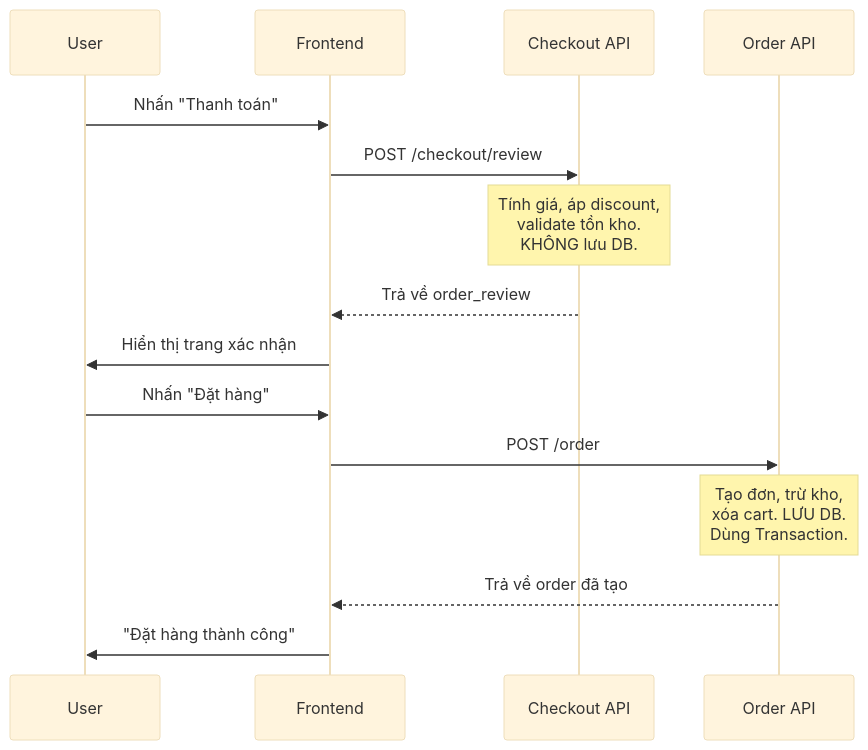
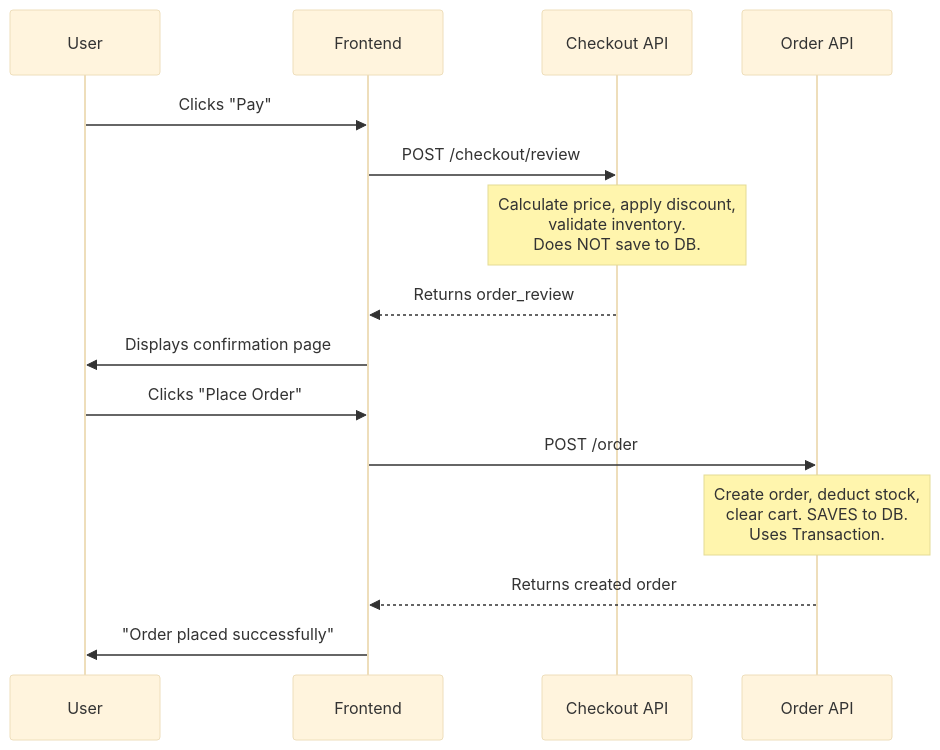
Before and after one commit to dangsangn/E-Commerce-NodeJS: the first of 3 diagrams in src/features/order/ORDER_CHECKOUT_GUIDE.md, drawn with Mermaid (base theme). The commit also changed other lines of this file and 19 other files, not shown here.

````diff
--- a/src/features/order/ORDER_CHECKOUT_GUIDE.md
+++ b/src/features/order/ORDER_CHECKOUT_GUIDE.md
@@ -28,19 +28,19 @@
 ```mermaid
 sequenceDiagram
     participant User
     participant FE as Frontend
     participant Checkout as Checkout API
     participant Order as Order API
 
-    User->>FE: Nhấn "Thanh toán"
+    User->>FE: Clicks "Pay"
     FE->>Checkout: POST /checkout/review
-    Note over Checkout: Tính giá, áp discount,<br/>validate tồn kho.<br/>KHÔNG lưu DB.
-    Checkout-->>FE: Trả về order_review
-    FE->>User: Hiển thị trang xác nhận
+    Note over Checkout: Calculate price, apply discount,<br/>validate inventory.<br/>Does NOT save to DB.
+    Checkout-->>FE: Returns order_review
+    FE->>User: Displays confirmation page
 
-    User->>FE: Nhấn "Đặt hàng"
+    User->>FE: Clicks "Place Order"
     FE->>Order: POST /order
-    Note over Order: Tạo đơn, trừ kho,<br/>xóa cart. LƯU DB.<br/>Dùng Transaction.
-    Order-->>FE: Trả về order đã tạo
-    FE->>User: "Đặt hàng thành công"
+    Note over Order: Create order, deduct stock,<br/>clear cart. SAVES to DB.<br/>Uses Transaction.
+    Order-->>FE: Returns created order
+    FE->>User: "Order placed successfully"
 ```
````
